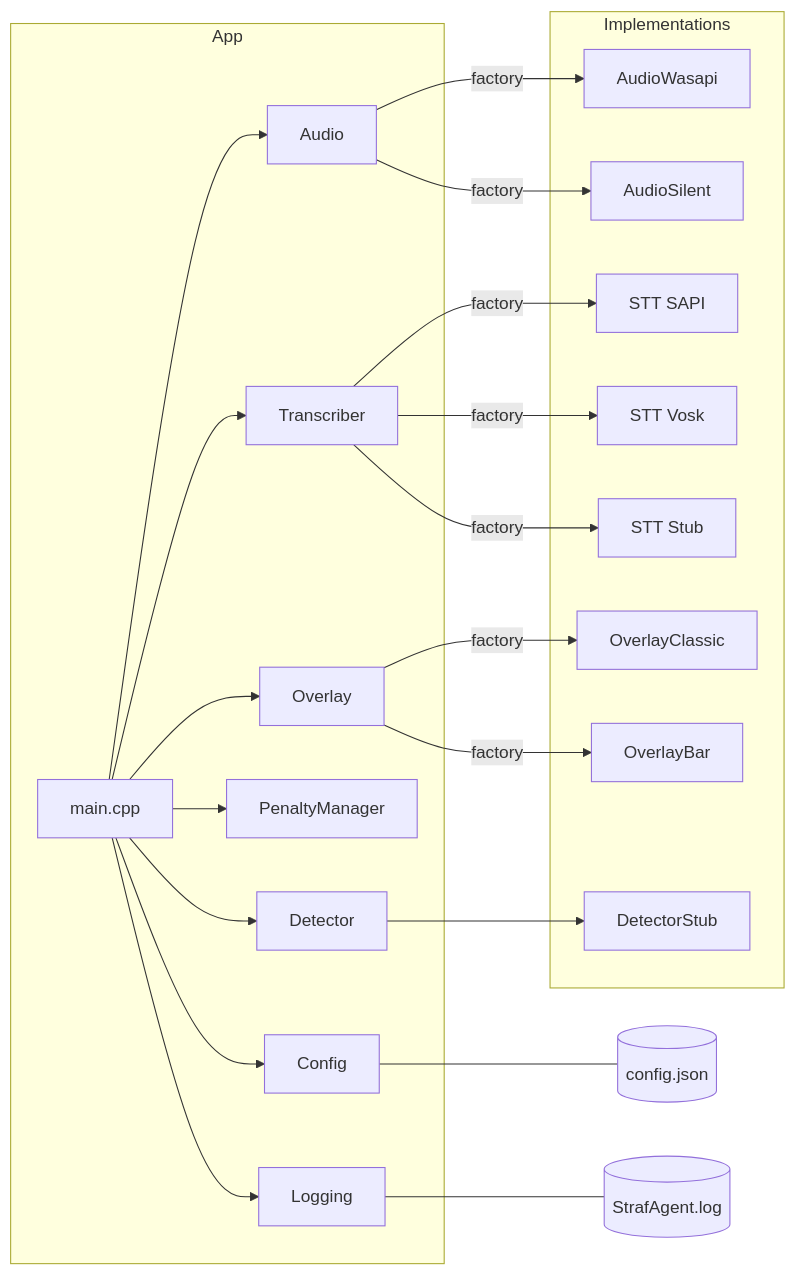
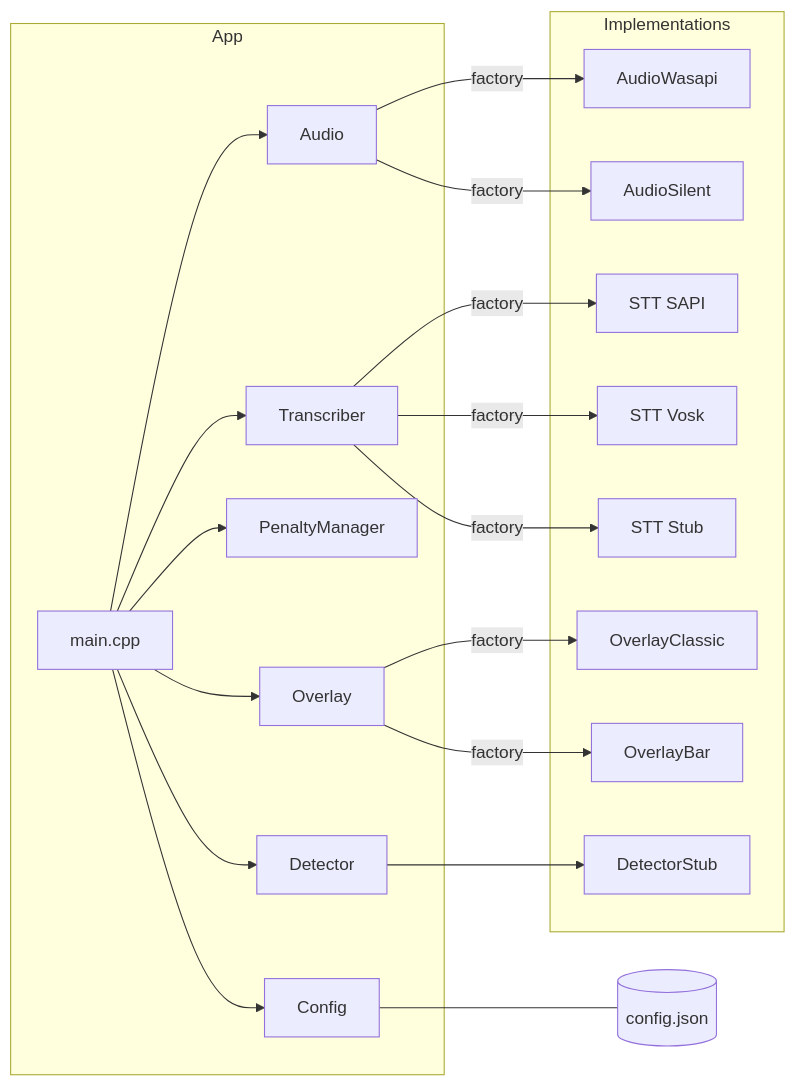
The second of 4 diagrams in docs/ARCHITECTURE.md (mwridgway/Straf), drawn with Mermaid before and after one commit. The commit also changed other lines of this file and 3 other files, not shown here.

Commit message:
docs: Update README and architecture documents; remove logging references and MiniJson

````diff
--- a/docs/ARCHITECTURE.md
+++ b/docs/ARCHITECTURE.md
@@ -50,31 +71,29 @@
 ```mermaid
 graph LR
   subgraph App
     M[main.cpp] --> CFG[Config]
-    M --> LOG[Logging]
     M --> OVR[Overlay]
     M --> PEN[PenaltyManager]
     M --> DET[Detector]
     M --> AUD[Audio]
     M --> STT[Transcriber]
   end
 
   CFG --- File[(config.json)]
-  LOG --- File2[(StrafAgent.log)]
 
   subgraph Implementations
     AUD1[AudioWasapi]
     AUD2[AudioSilent]
     STT1[STT SAPI]
     STT2[STT Vosk]
     STT3[STT Stub]
     O1[OverlayClassic]
     O2[OverlayBar]
     D1[DetectorStub]
   end
 
   AUD -->|factory| AUD1 & AUD2
   STT -->|factory| STT1 & STT2 & STT3
   OVR -->|factory| O1 & O2
   DET --> D1
 ```
````
